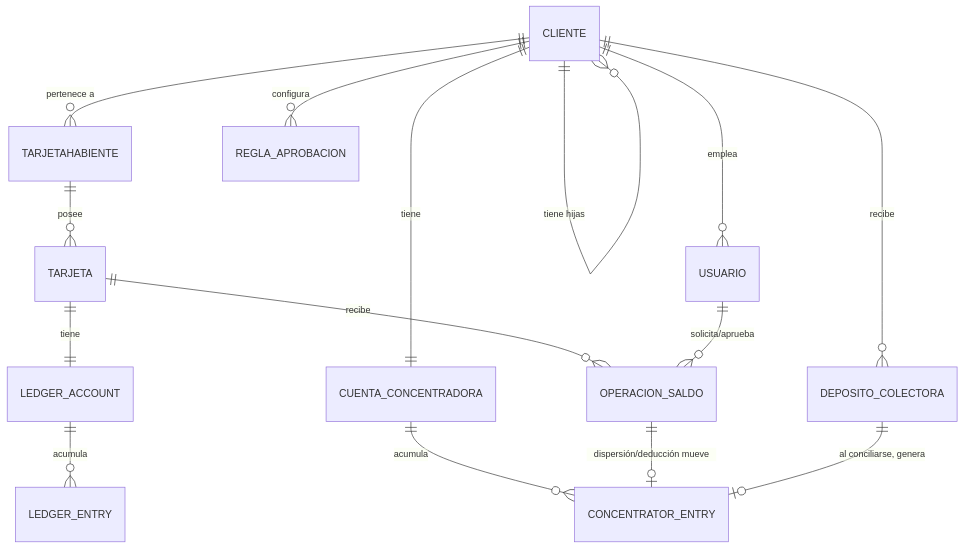
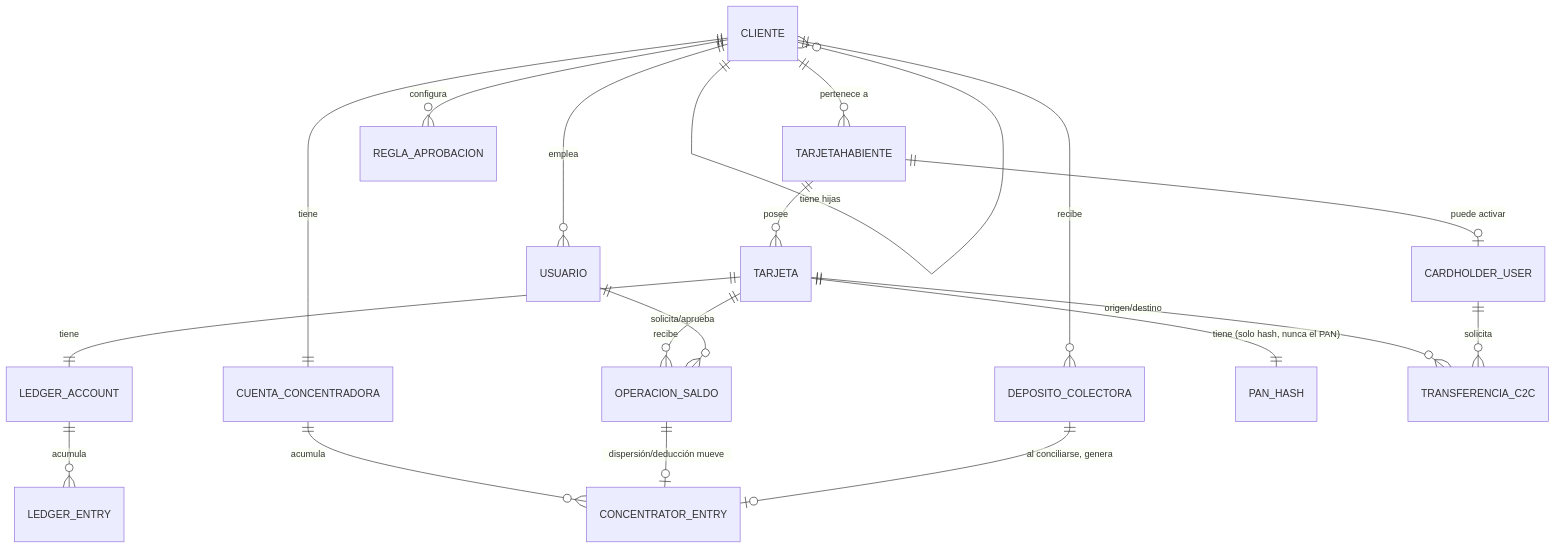
One commit to gsanvicente/kbm changed the diagram in docs/business/domain-model.md. Above: the diagram before and after it, drawn with Mermaid. The commit also changed other lines of this file and 11 other files, not shown here.

````diff
--- a/docs/business/domain-model.md
+++ b/docs/business/domain-model.md
@@ -9,17 +9,21 @@
 ```mermaid
 erDiagram
     CLIENTE ||--o{ CLIENTE : "tiene hijas"
     CLIENTE ||--o{ TARJETAHABIENTE : "pertenece a"
     TARJETAHABIENTE ||--o{ TARJETA : "posee"
     TARJETA ||--|| LEDGER_ACCOUNT : "tiene"
     LEDGER_ACCOUNT ||--o{ LEDGER_ENTRY : "acumula"
     TARJETA ||--o{ OPERACION_SALDO : "recibe"
     CLIENTE ||--o{ REGLA_APROBACION : "configura"
     CLIENTE ||--o{ USUARIO : "emplea"
     USUARIO ||--o{ OPERACION_SALDO : "solicita/aprueba"
     CLIENTE ||--|| CUENTA_CONCENTRADORA : "tiene"
     CUENTA_CONCENTRADORA ||--o{ CONCENTRATOR_ENTRY : "acumula"
     CLIENTE ||--o{ DEPOSITO_COLECTORA : "recibe"
     OPERACION_SALDO ||--o| CONCENTRATOR_ENTRY : "dispersión/deducción mueve"
     DEPOSITO_COLECTORA ||--o| CONCENTRATOR_ENTRY : "al conciliarse, genera"
+    TARJETAHABIENTE ||--o| CARDHOLDER_USER : "puede activar"
+    TARJETA ||--|| PAN_HASH : "tiene (solo hash, nunca el PAN)"
+    TARJETA ||--o{ TRANSFERENCIA_C2C : "origen/destino"
+    CARDHOLDER_USER ||--o{ TRANSFERENCIA_C2C : "solicita"
 ```
````
